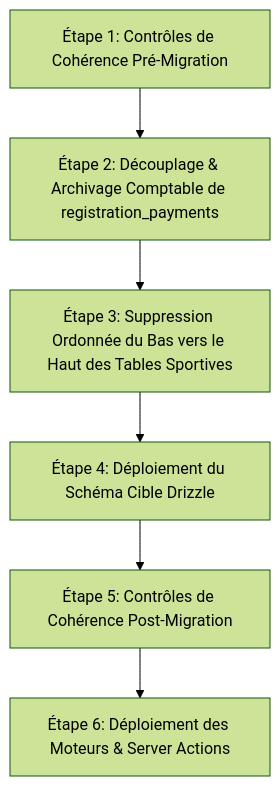
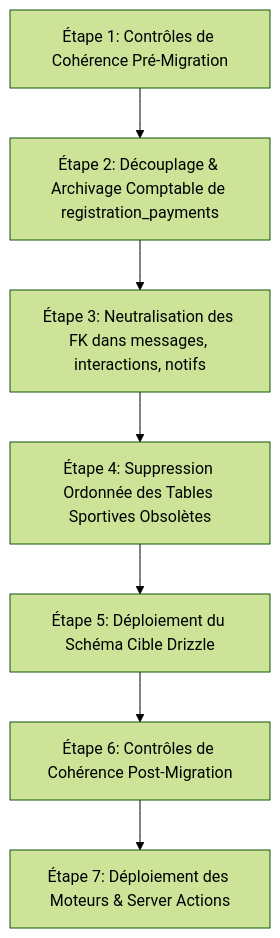
Before and after one commit to AbdoulRachid-Mz/games-trafic: the first of 2 diagrams in docs/audit-competition/07-IMPLEMENTATION-ROADMAP.md, drawn with Mermaid (forest theme). The commit also changed other lines of this file and 3 other files, not shown here.

````diff
--- a/docs/audit-competition/07-IMPLEMENTATION-ROADMAP.md
+++ b/docs/audit-competition/07-IMPLEMENTATION-ROADMAP.md
@@ -11,8 +11,9 @@
 ```mermaid
 flowchart TD
     A[Étape 1: Contrôles de Cohérence Pré-Migration] --> B[Étape 2: Découplage & Archivage Comptable de registration_payments]
-    B --> C[Étape 3: Suppression Ordonnée du Bas vers le Haut des Tables Sportives]
-    C --> D[Étape 4: Déploiement du Schéma Cible Drizzle]
-    D --> E[Étape 5: Contrôles de Cohérence Post-Migration]
-    E --> F[Étape 6: Déploiement des Moteurs & Server Actions]
+    B --> C[Étape 3: Neutralisation des FK dans messages, interactions, notifs]
+    C --> D[Étape 4: Suppression Ordonnée des Tables Sportives Obsolètes]
+    D --> E[Étape 5: Déploiement du Schéma Cible Drizzle]
+    E --> F[Étape 6: Contrôles de Cohérence Post-Migration]
+    F --> G[Étape 7: Déploiement des Moteurs & Server Actions]
 ```
````
